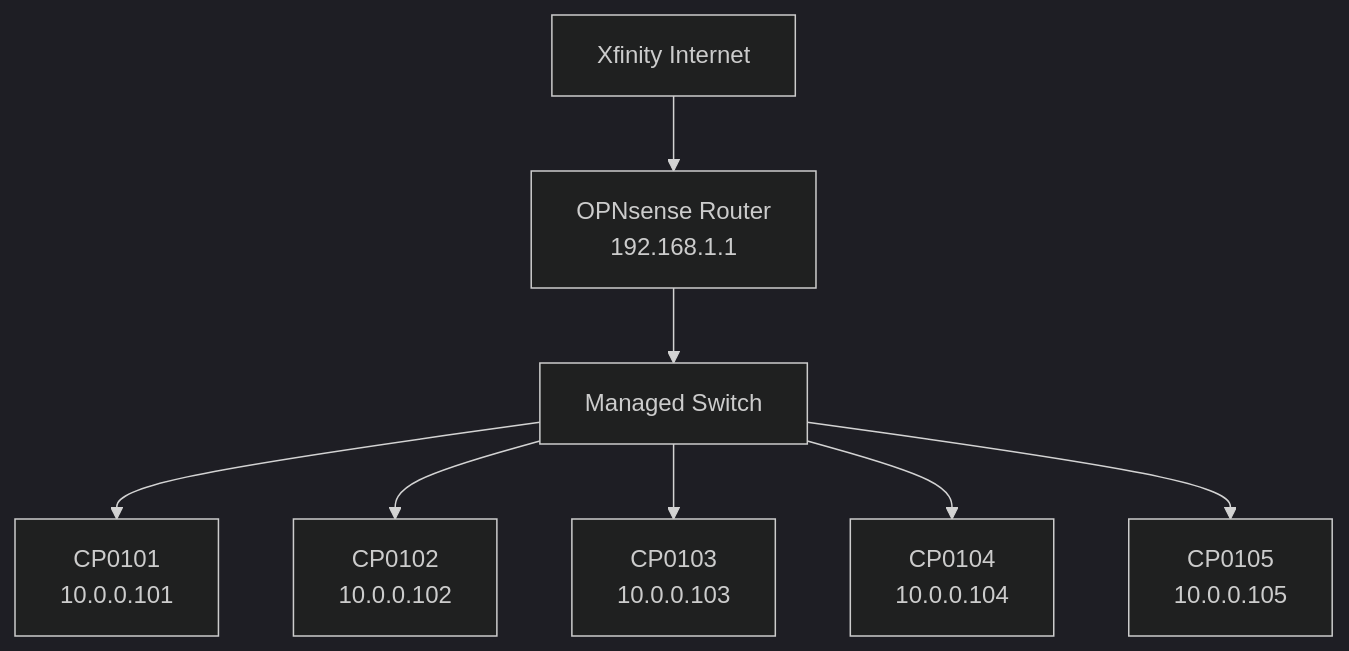
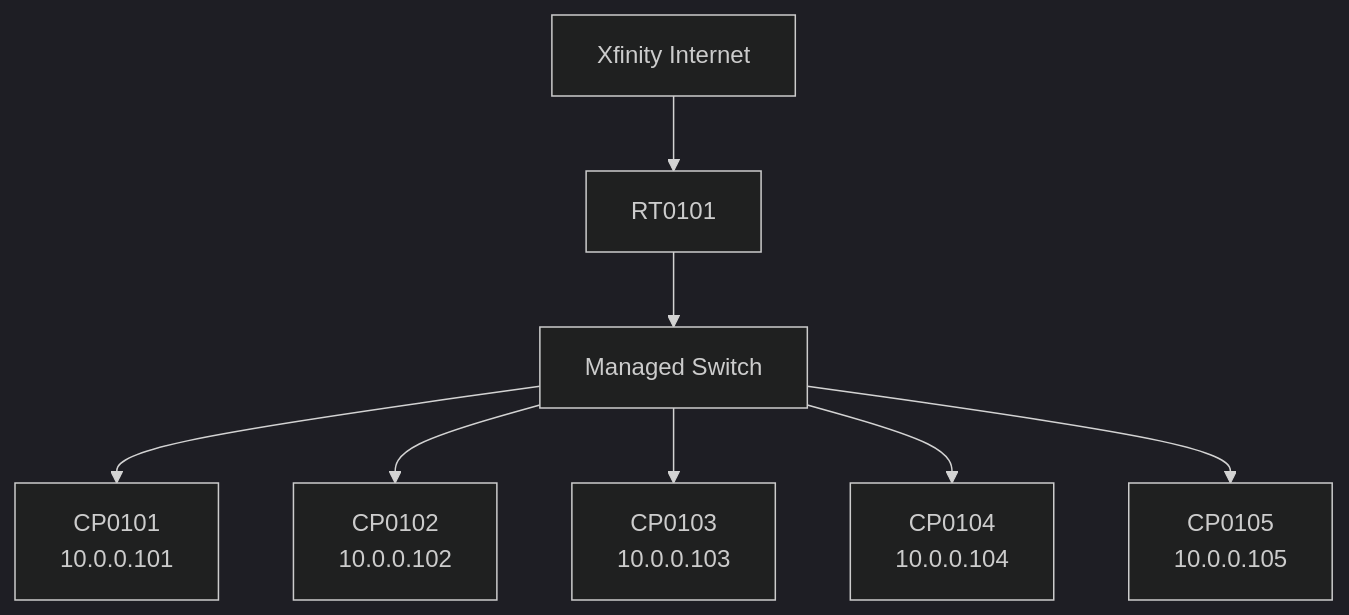
The first of 2 diagrams in docs/homelab/network.md (broswen-com/docs), drawn with Mermaid (dark theme) before and after one commit. The commit also changed other lines of this file, not shown here.

````diff
--- a/docs/homelab/network.md
+++ b/docs/homelab/network.md
@@ -21,19 +21,19 @@
 ```mermaid
 graph TD
     Internet[Xfinity Internet]
-    Router[OPNsense Router<br/>192.168.1.1]
+    Router[RT0101]
     Switch[Managed Switch]
     CP0101[CP0101<br/>10.0.0.101]
     CP0102[CP0102<br/>10.0.0.102]
     CP0103[CP0103<br/>10.0.0.103]
     CP0104[CP0104<br/>10.0.0.104]
     CP0105[CP0105<br/>10.0.0.105]
 
     Internet --> Router
     Router --> Switch
     Switch --> CP0101
     Switch --> CP0102
     Switch --> CP0103
     Switch --> CP0104
     Switch --> CP0105
 ```
````
